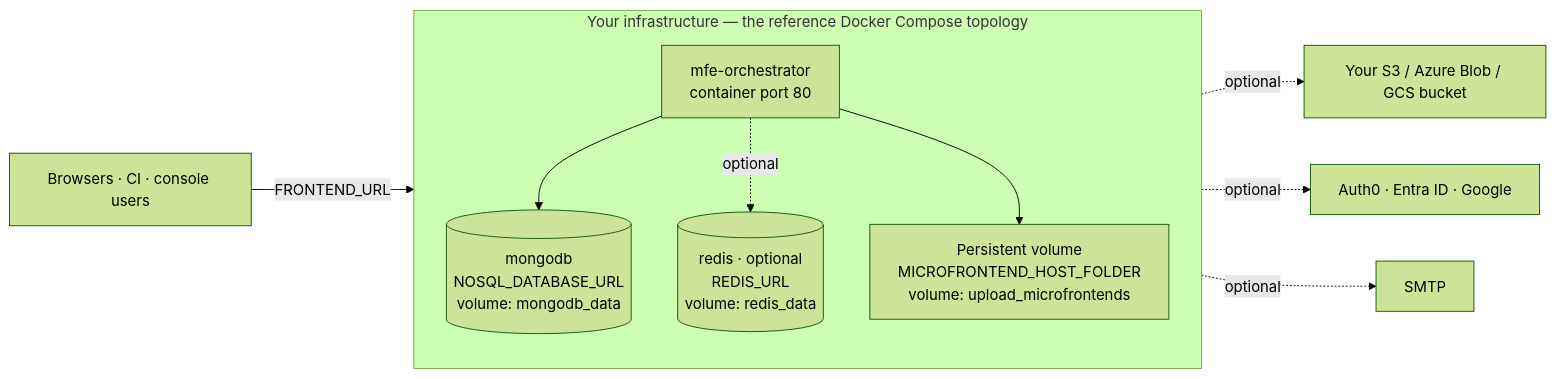
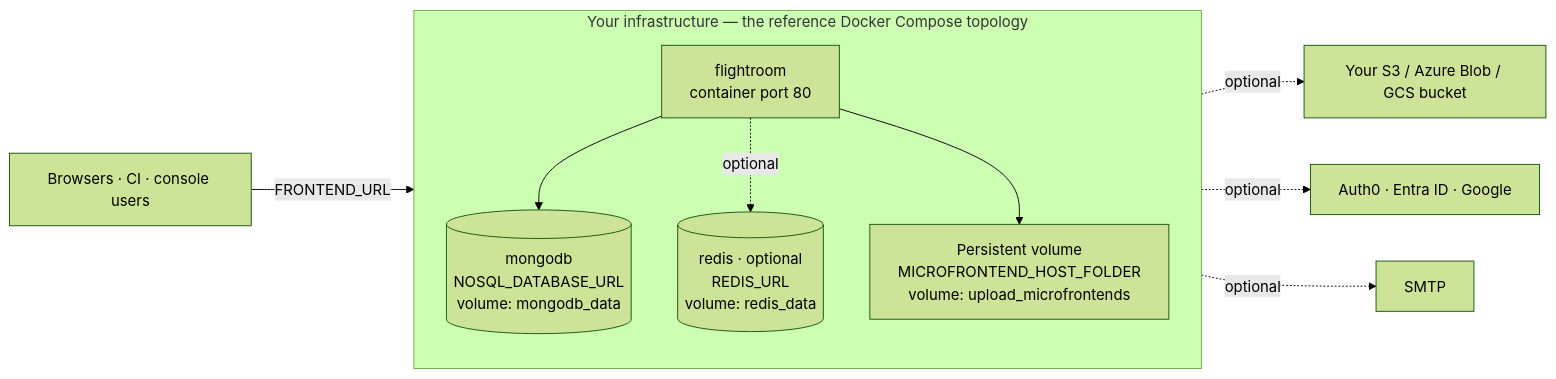
The fourth of 4 diagrams in docs/architecture.md (flightroom/documentation), drawn with Mermaid (forest theme) before and after one commit. The commit also changed other lines of this file and 62 other files, not shown here.

````diff
--- a/docs/architecture.md
+++ b/docs/architecture.md
@@ -234,18 +234,18 @@
 ```mermaid
 flowchart LR
     subgraph host["Your infrastructure — the reference Docker Compose topology"]
         direction TB
-        app["mfe-orchestrator<br/>container port 80"]
+        app["flightroom<br/>container port 80"]
         mongo[("mongodb<br/>NOSQL_DATABASE_URL<br/>volume: mongodb_data")]
         redis[("redis · optional<br/>REDIS_URL<br/>volume: redis_data")]
         vol["Persistent volume<br/>MICROFRONTEND_HOST_FOLDER<br/>volume: upload_microfrontends"]
         app --> mongo
         app -.->|"optional"| redis
         app --> vol
     end
 
     users["Browsers · CI · console users"] -->|"FRONTEND_URL"| app
     app -.->|"optional"| cloud["Your S3 / Azure Blob / GCS bucket"]
     app -.->|"optional"| idp["Auth0 · Entra ID · Google"]
     app -.->|"optional"| smtp["SMTP"]
 ```
````
